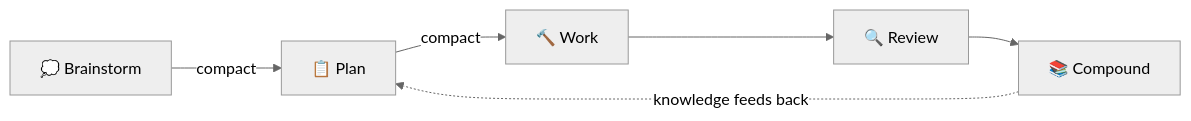
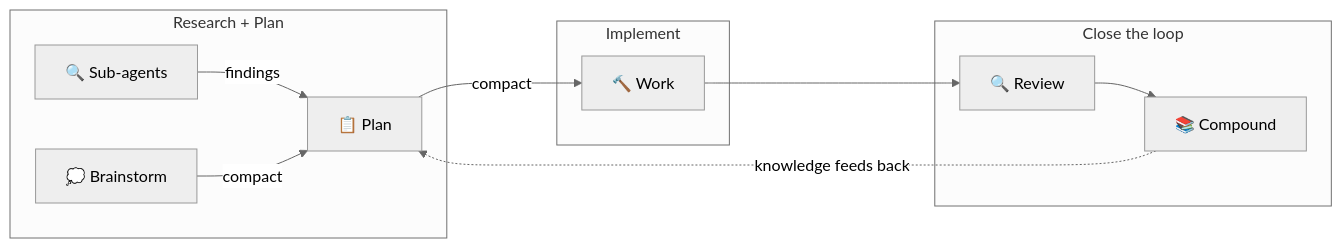
Diagram 11 of 15 in lecture.md (jannar18/rainbow-crawler), drawn with Mermaid (neutral theme) before and after one commit. The commit also changed other lines of this file and 3 other files, not shown here.

First line of the commit message:
docs: add /clear between steps guidance, fix diagram contrast, show full pipeline

````diff
--- a/lecture.md
+++ b/lecture.md
@@ -300,8 +300,17 @@
 ```mermaid
 graph LR
-    B["💭 Brainstorm"] -->|compact| P["📋 Plan"]
-    P -->|compact| W["🔨 Work"]
-    W --> R["🔍 Review"]
-    R --> C["📚 Compound"]
+    subgraph Research + Plan
+        S["🔍 Sub-agents"] -->|findings| P["📋 Plan"]
+        B["💭 Brainstorm"] -->|compact| P
+    end
+    subgraph Implement
+        W["🔨 Work"]
+    end
+    subgraph Close the loop
+        R["🔍 Review"] --> C["📚 Compound"]
+    end
+
+    P -->|compact| W
+    W --> R
     C -.->|knowledge feeds back| P
 ```
````
